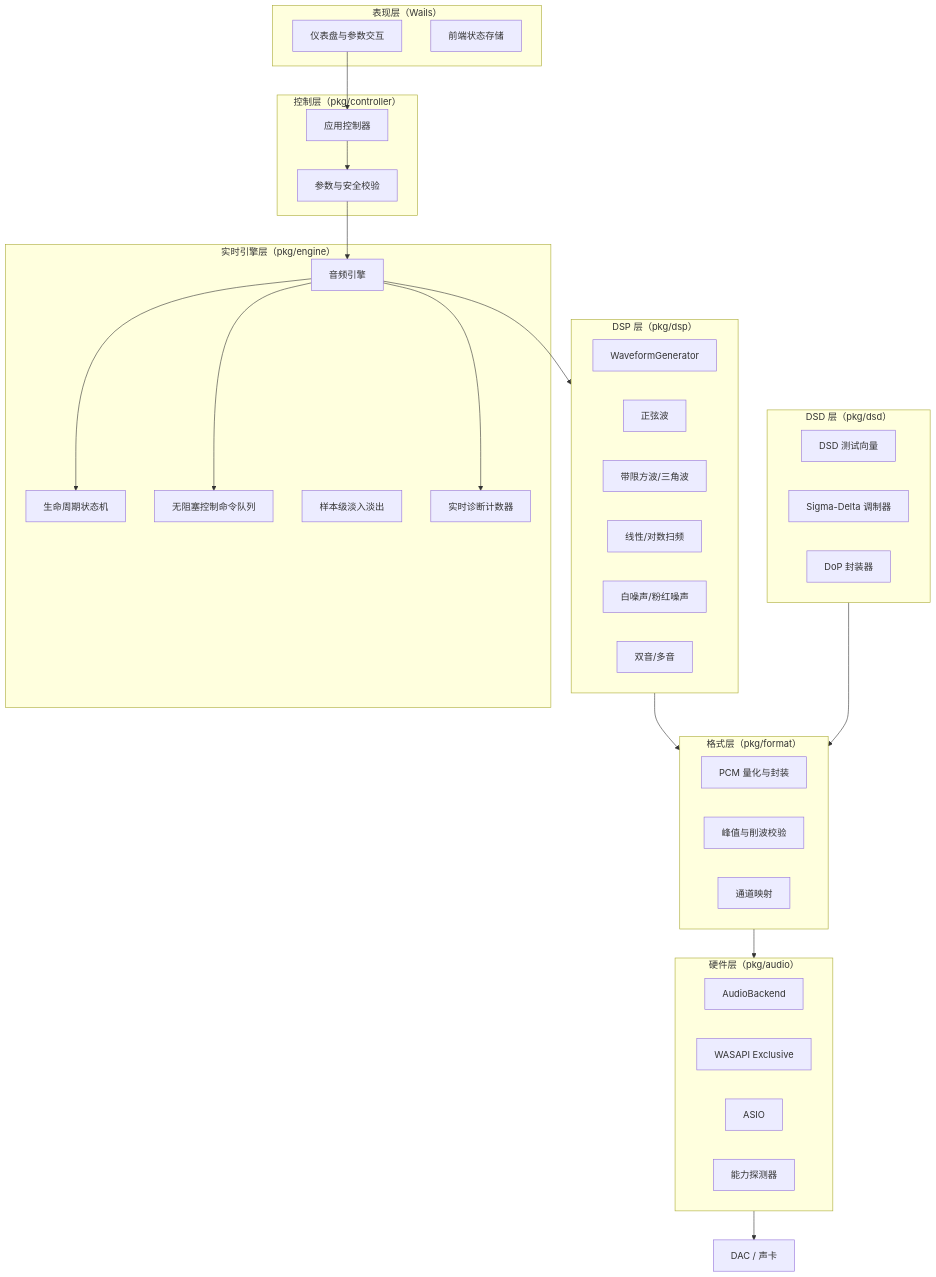
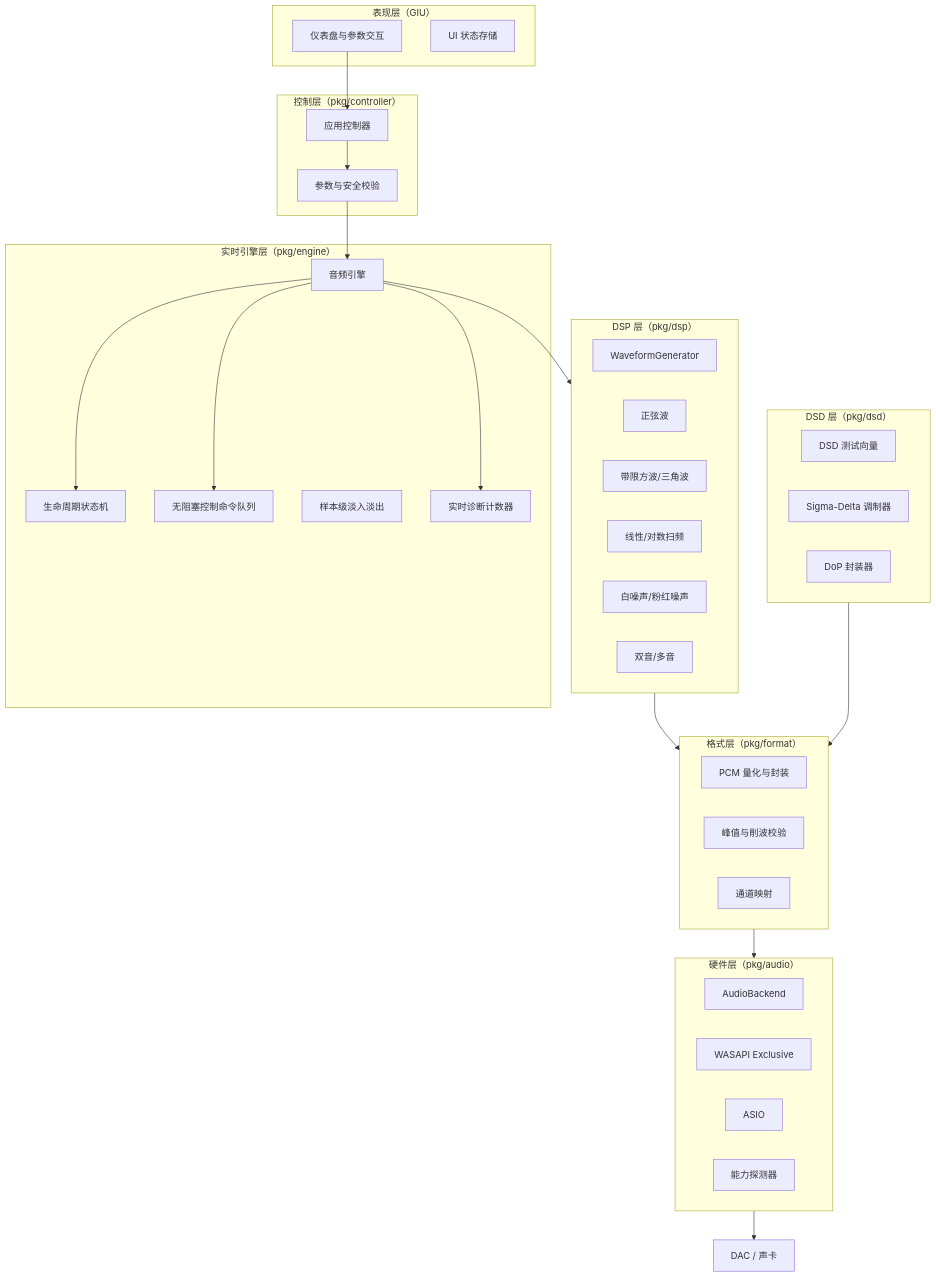
Before and after one commit to lee-alone/Sound-Card-Test-Waveform-Generator: the first of 2 diagrams in AUDIO_TEST_WHITEPAPER.md, drawn with Mermaid. The commit also changed other lines of this file and 59 other files, not shown here.

Commit message:
feat: complete transition to native GIU, remove legacy Wails/frontend, enhance safety persistence and scope visualization

```diff
--- a/AUDIO_TEST_WHITEPAPER.md
+++ b/AUDIO_TEST_WHITEPAPER.md
@@ -65,60 +65,60 @@
 ~~~mermaid
 flowchart TD
-    subgraph UI_Layer ["表现层（Wails）"]
+    subgraph UI_Layer ["表现层（GIU）"]
         View["仪表盘与参数交互"]
-        State["前端状态存储"]
+        State["UI 状态存储"]
     end
 
     subgraph Controller_Layer ["控制层（pkg/controller）"]
         AppController["应用控制器"]
         Validator["参数与安全校验"]
     end
 
     subgraph Engine_Layer ["实时引擎层（pkg/engine）"]
         AudioEngine["音频引擎"]
         StateMachine["生命周期状态机"]
         CommandQueue["无阻塞控制命令队列"]
         Fader["样本级淡入淡出"]
         Diagnostics["实时诊断计数器"]
     end
 
     subgraph DSP_Layer ["DSP 层（pkg/dsp）"]
         GenInterface["WaveformGenerator"]
         SineGen["正弦波"]
         PeriodicGen["带限方波/三角波"]
         SweepGen["线性/对数扫频"]
         NoiseGen["白噪声/粉红噪声"]
         MultiGen["双音/多音"]
     end
 
     subgraph Format_Layer ["格式层（pkg/format）"]
         PCMEncoder["PCM 量化与封装"]
         PeakGuard["峰值与削波校验"]
         ChannelMapper["通道映射"]
     end
 
     subgraph DSD_Layer ["DSD 层（pkg/dsd）"]
         DSDVector["DSD 测试向量"]
         Modulator["Sigma-Delta 调制器"]
         DoPPacker["DoP 封装器"]
     end
 
     subgraph Audio_Layer ["硬件层（pkg/audio）"]
         BackendInterface["AudioBackend"]
         WASAPIBackend["WASAPI Exclusive"]
         ASIOBackend["ASIO"]
         CapProber["能力探测器"]
     end
 
     View --> AppController
     AppController --> Validator
     Validator --> AudioEngine
     AudioEngine --> StateMachine
     AudioEngine --> CommandQueue
     AudioEngine --> DSP_Layer
     DSP_Layer --> Format_Layer
     DSD_Layer --> Format_Layer
     Format_Layer --> Audio_Layer
     AudioEngine --> Diagnostics
     Audio_Layer --> Hardware["DAC / 声卡"]
 ~~~
```
